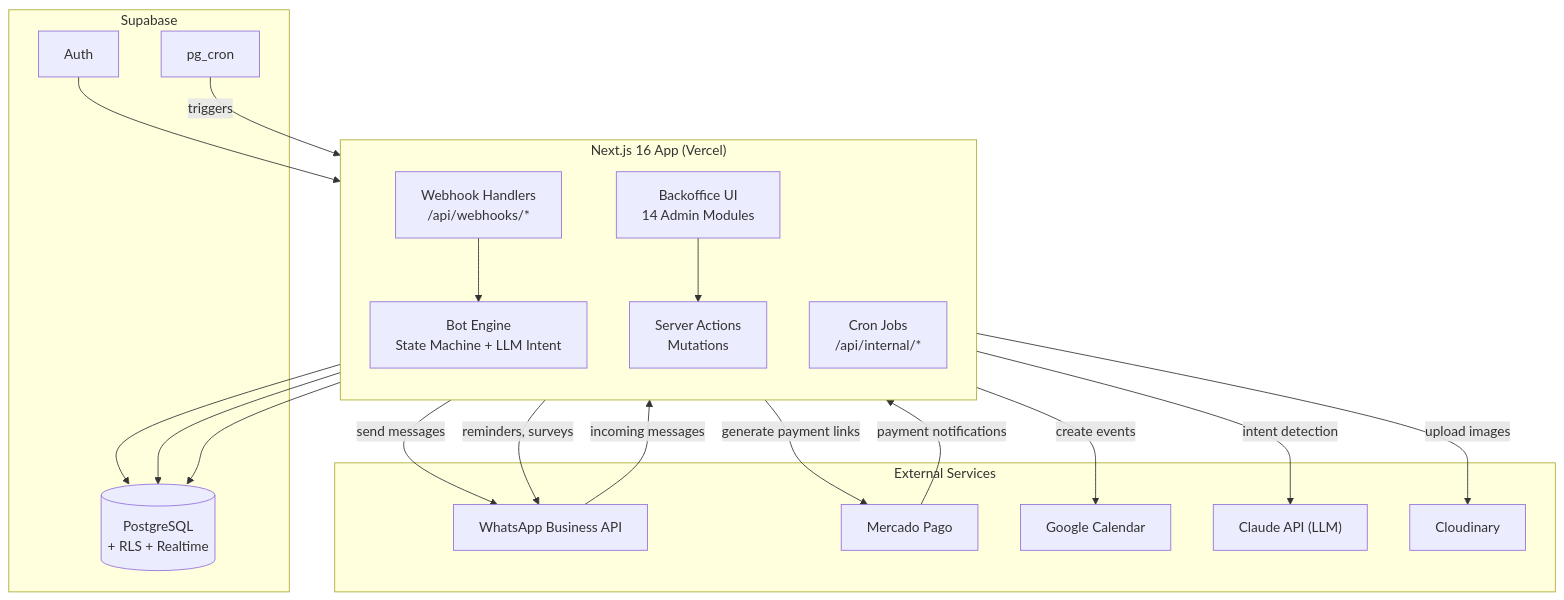
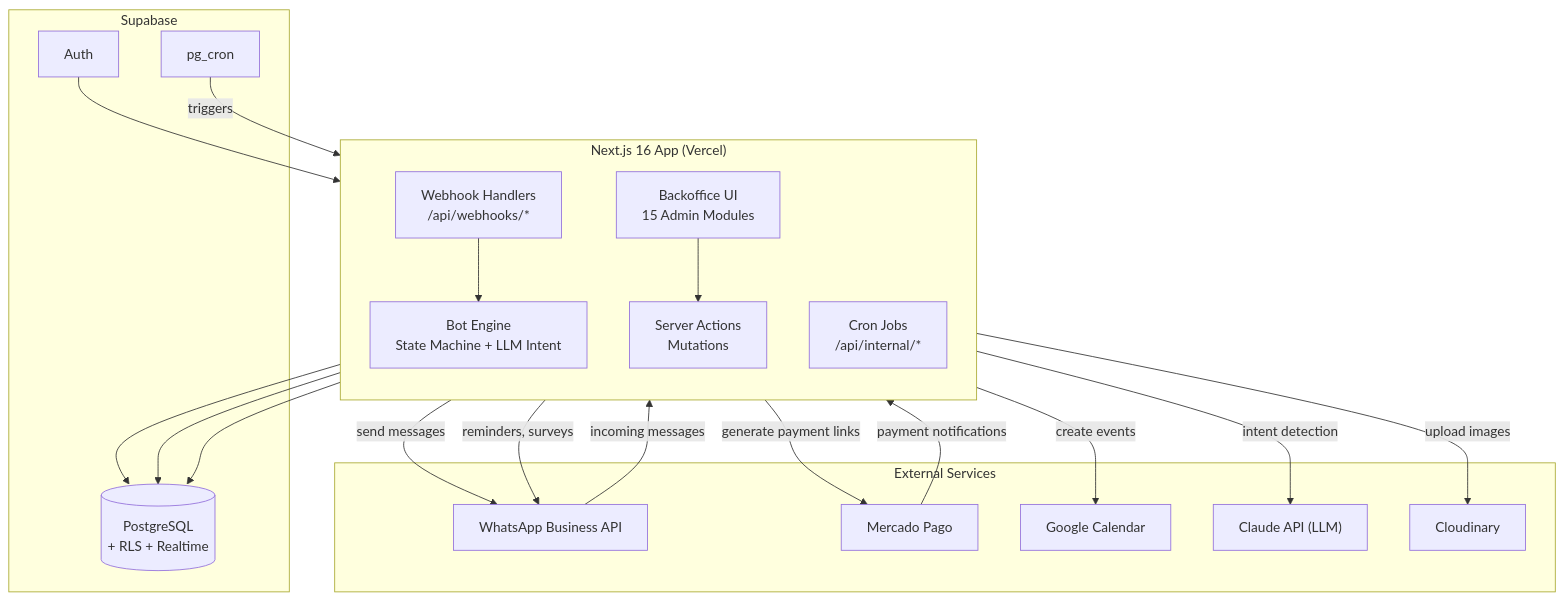
The first of 2 diagrams in README.md (bradelev/vaig-booking-system), drawn with Mermaid before and after one commit. The commit also changed other lines of this file, not shown here.

````diff
--- a/README.md
+++ b/README.md
@@ -42,41 +42,41 @@
 ```mermaid
 flowchart TB
     subgraph External["External Services"]
         WA["WhatsApp Business API"]
         MP["Mercado Pago"]
         GCal["Google Calendar"]
         Claude["Claude API (LLM)"]
         Cloud["Cloudinary"]
     end
 
     subgraph App["Next.js 16 App (Vercel)"]
         direction TB
         Webhooks["Webhook Handlers\n/api/webhooks/*"]
         Bot["Bot Engine\nState Machine + LLM Intent"]
         Crons["Cron Jobs\n/api/internal/*"]
         Actions["Server Actions\nMutations"]
-        Pages["Backoffice UI\n14 Admin Modules"]
+        Pages["Backoffice UI\n15 Admin Modules"]
     end
 
     subgraph Data["Supabase"]
         DB[("PostgreSQL\n+ RLS + Realtime")]
         Auth["Auth"]
         PGCron["pg_cron"]
     end
 
     WA -->|"incoming messages"| Webhooks
     MP -->|"payment notifications"| Webhooks
     Webhooks --> Bot
     Bot -->|"intent detection"| Claude
     Bot -->|"send messages"| WA
     Actions -->|"create events"| GCal
     Actions -->|"generate payment links"| MP
     Actions -->|"upload images"| Cloud
     Pages --> Actions
     Actions --> DB
     Bot --> DB
     Crons --> DB
     Crons -->|"reminders, surveys"| WA
     Auth --> Pages
     PGCron -->|"triggers"| Crons
 ```
````
